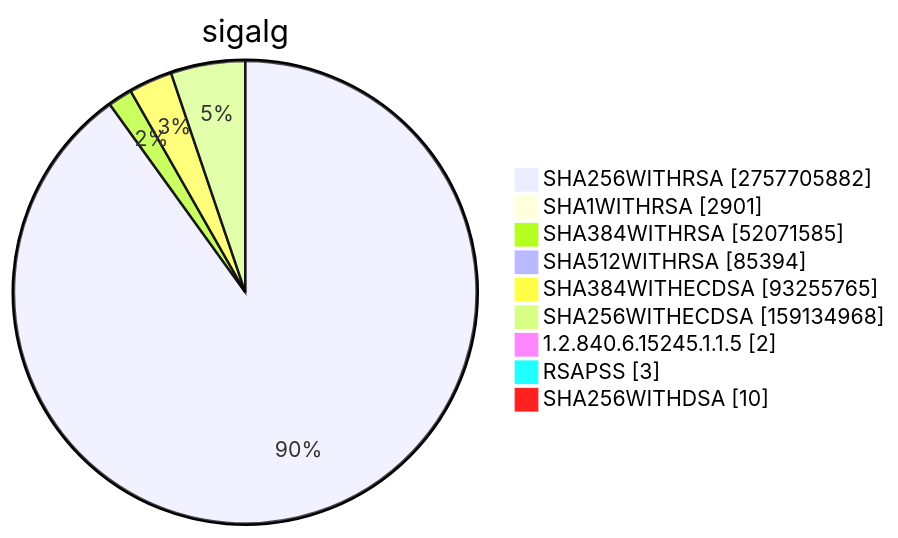
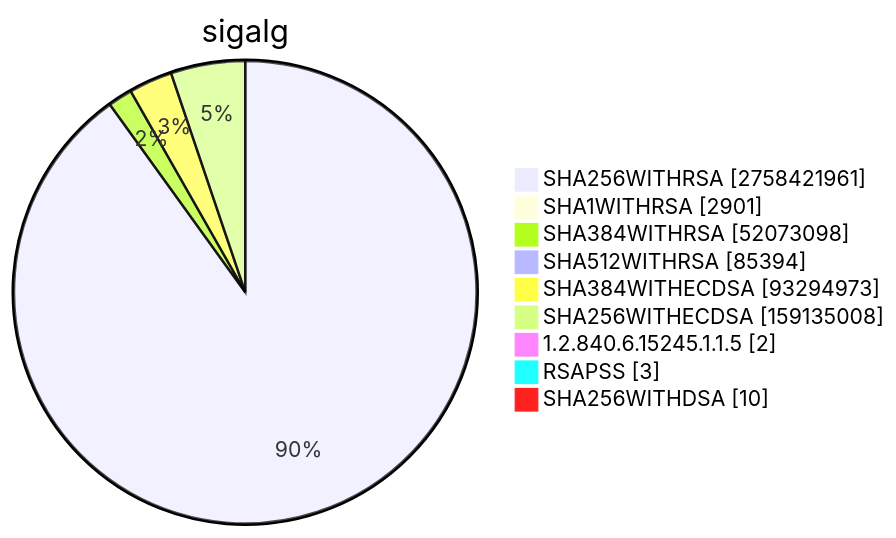
Diagram 15 of 15 in TOTAL/README.md (christiankrug/ctmonitor_visualization), drawn with Mermaid before and after one commit. The commit also changed other lines of this file, not shown here.

````diff
--- a/TOTAL/README.md
+++ b/TOTAL/README.md
@@ -6205,13 +6205,13 @@
 ```mermaid
 pie showData
 title sigalg
-"SHA256WITHRSA" :2757705882
+"SHA256WITHRSA" :2758421961
 "SHA1WITHRSA" :2901
-"SHA384WITHRSA" :52071585
+"SHA384WITHRSA" :52073098
 "SHA512WITHRSA" :85394
-"SHA384WITHECDSA" :93255765
-"SHA256WITHECDSA" :159134968
+"SHA384WITHECDSA" :93294973
+"SHA256WITHECDSA" :159135008
 "1.2.840.6.15245.1.1.5" :2
 "RSAPSS" :3
 "SHA256WITHDSA" :10
 ```
````
